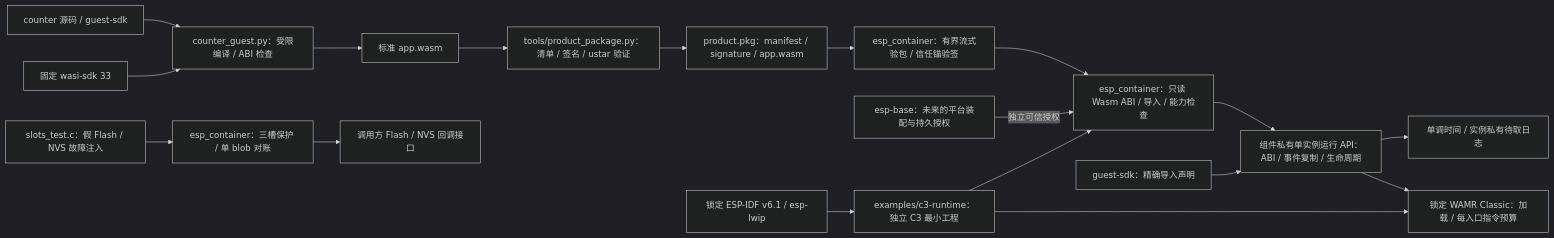
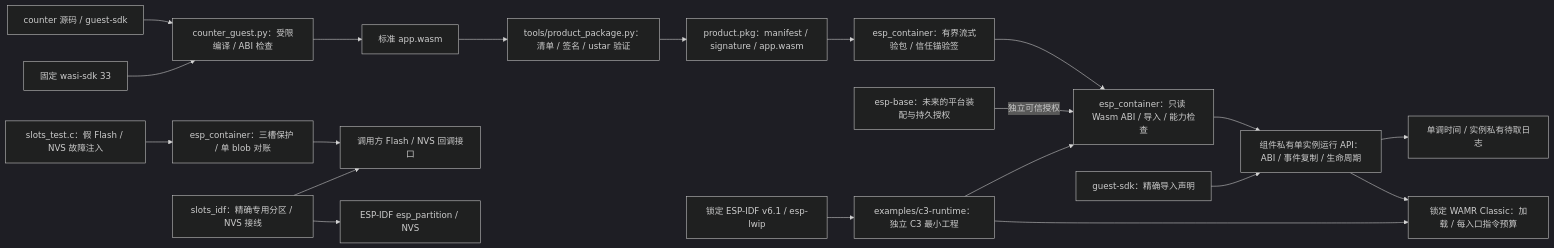
Before and after one commit to darren-you/esp-container: the diagram in README.md, drawn with Mermaid (dark theme). The commit also changed other lines of this file and 12 other files, not shown here.

````diff
--- a/README.md
+++ b/README.md
@@ -7,21 +7,23 @@
 ```mermaid
 flowchart LR
     product["counter 源码 / guest-sdk"] --> guest["counter_guest.py：受限编译 / ABI 检查"]
     wasi["固定 wasi-sdk 33"] --> guest
     guest --> wasm["标准 app.wasm"]
     wasm --> tool["tools/product_package.py：清单 / 签名 / ustar 验证"]
     tool --> pkg["product.pkg：manifest / signature / app.wasm"]
     pkg --> verifier["esp_container：有界流式验包 / 信任锚验签"]
     verifier --> scanner["esp_container：只读 Wasm ABI / 导入 / 能力检查"]
     base -->|"独立可信授权"| scanner
     slot_tests["slots_test.c：假 Flash / NVS 故障注入"] --> slots["esp_container：三槽保护 / 单 blob 对账"]
     slots --> slot_callbacks["调用方 Flash / NVS 回调接口"]
+    idf_provider["slots_idf：精确专用分区 / NVS 接线"] --> slot_callbacks
+    idf_provider --> idf_storage["ESP-IDF esp_partition / NVS"]
     scanner --> runtime["组件私有单实例运行 API：ABI / 事件复制 / 生命周期"]
     sdk["guest-sdk：精确导入声明"] --> runtime
     runtime --> host["单调时间 / 实例私有待取日志"]
     runtime --> wamr["锁定 WAMR Classic：加载 / 每入口指令预算"]
     sample["examples/c3-runtime：独立 C3 最小工程"] --> scanner
     sample --> wamr
     idf["锁定 ESP-IDF v6.1 / esp-lwip"] --> sample
     base["esp-base：未来的平台装配与持久授权"]
 ```
````
